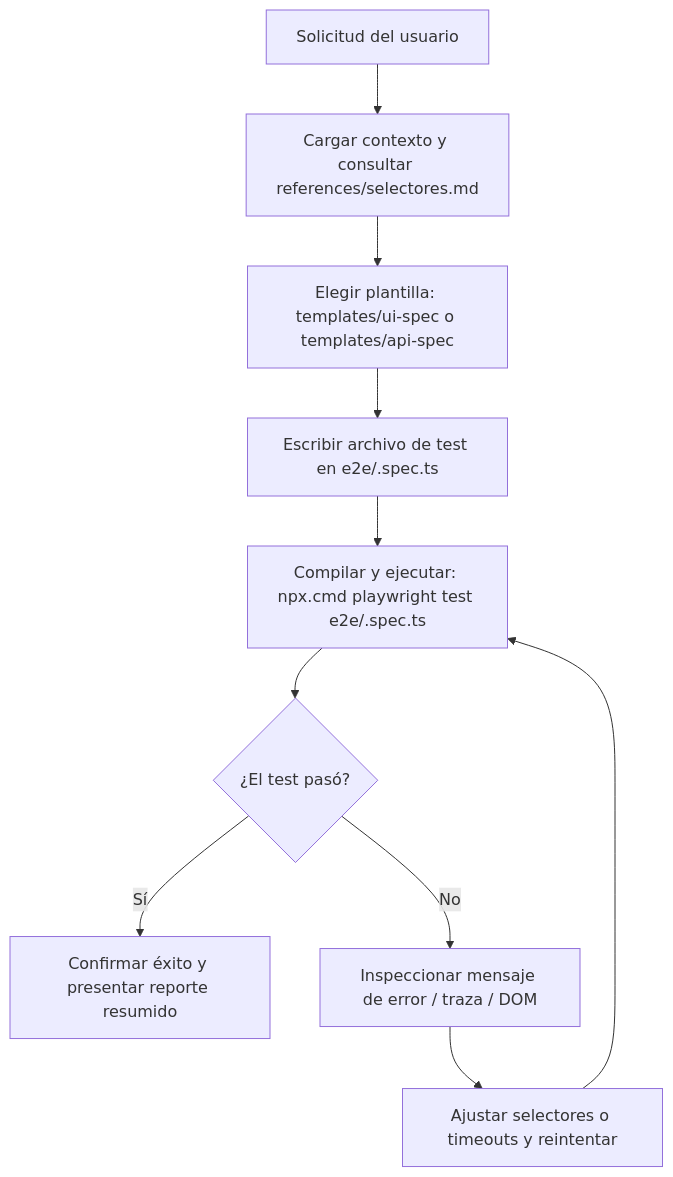
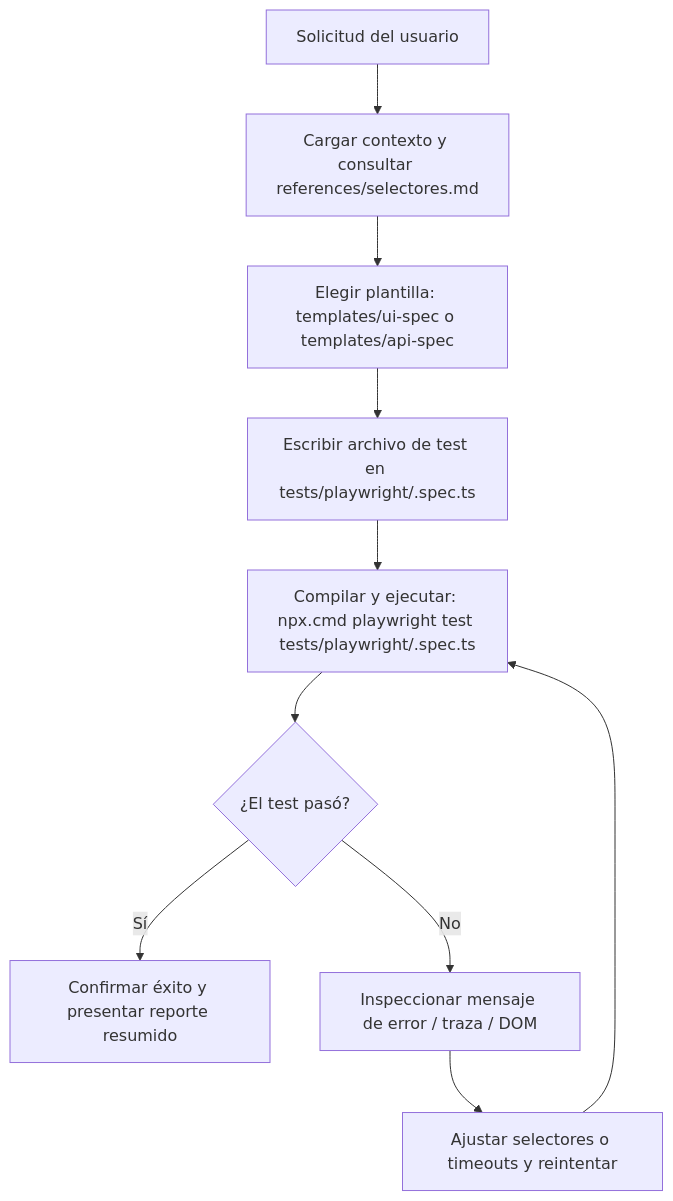
One commit to FabioIgnacioNavarro/repo-appweb-viajes-grupo1 changed the diagram in .agents/skills/playwright-testing/SKILL.md. Above: the diagram before and after it, drawn with Mermaid. The commit also changed other lines of this file and 33 other files, not shown here.

````diff
--- a/.agents/skills/playwright-testing/SKILL.md
+++ b/.agents/skills/playwright-testing/SKILL.md
@@ -14,12 +14,12 @@
 ```mermaid
 flowchart TD
     A["Solicitud del usuario"] --> B["Cargar contexto y consultar references/selectores.md"]
     B --> C["Elegir plantilla: templates/ui-spec o templates/api-spec"]
-    C --> D["Escribir archivo de test en e2e/<nombre>.spec.ts"]
-    D --> E["Compilar y ejecutar: npx.cmd playwright test e2e/<nombre>.spec.ts"]
+    C --> D["Escribir archivo de test en tests/playwright/<nombre>.spec.ts"]
+    D --> E["Compilar y ejecutar: npx.cmd playwright test tests/playwright/<nombre>.spec.ts"]
     E --> F{"¿El test pasó?"}
     F -- Sí --> G["Confirmar éxito y presentar reporte resumido"]
     F -- No --> H["Inspeccionar mensaje de error / traza / DOM"]
     H --> I["Ajustar selectores o timeouts y reintentar"]
     I --> E
 ```
````
